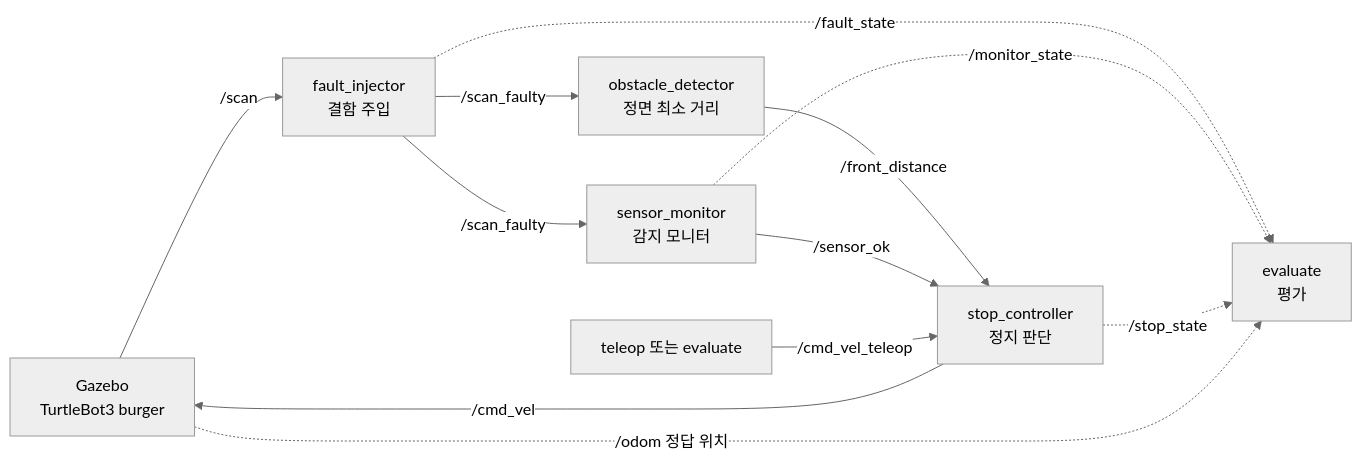
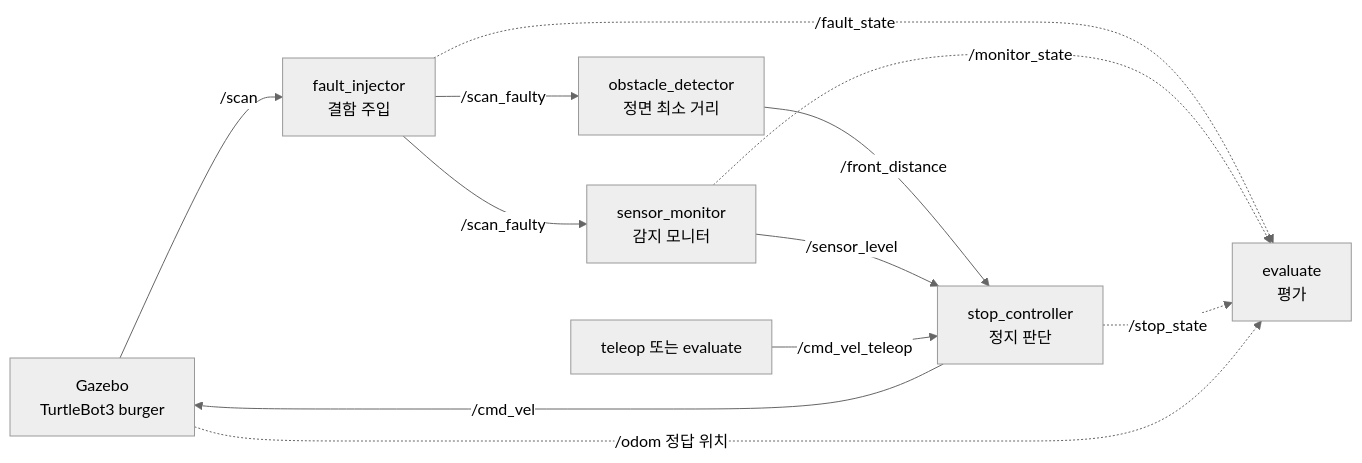
One commit to soomin0923/lidar_safety changed the diagram in README.md. Above: the diagram before and after it, drawn with Mermaid (neutral theme). The commit also changed other lines of this file and 15 other files, not shown here.

````diff
--- a/README.md
+++ b/README.md
@@ -18,14 +20,14 @@
 ```mermaid
 flowchart LR
     G[Gazebo<br/>TurtleBot3 burger] -- /scan --> F[fault_injector<br/>결함 주입]
     F -- /scan_faulty --> D[obstacle_detector<br/>정면 최소 거리]
     F -- /scan_faulty --> M[sensor_monitor<br/>감지 모니터]
     D -- /front_distance --> S[stop_controller<br/>정지 판단]
-    M -- /sensor_ok --> S
+    M -- /sensor_level --> S
     T[teleop 또는 evaluate] -- /cmd_vel_teleop --> S
     S -- /cmd_vel --> G
     F -. /fault_state .-> E[evaluate<br/>평가]
     M -. /monitor_state .-> E
     S -. /stop_state .-> E
     G -. /odom 정답 위치 .-> E
 ```
````
